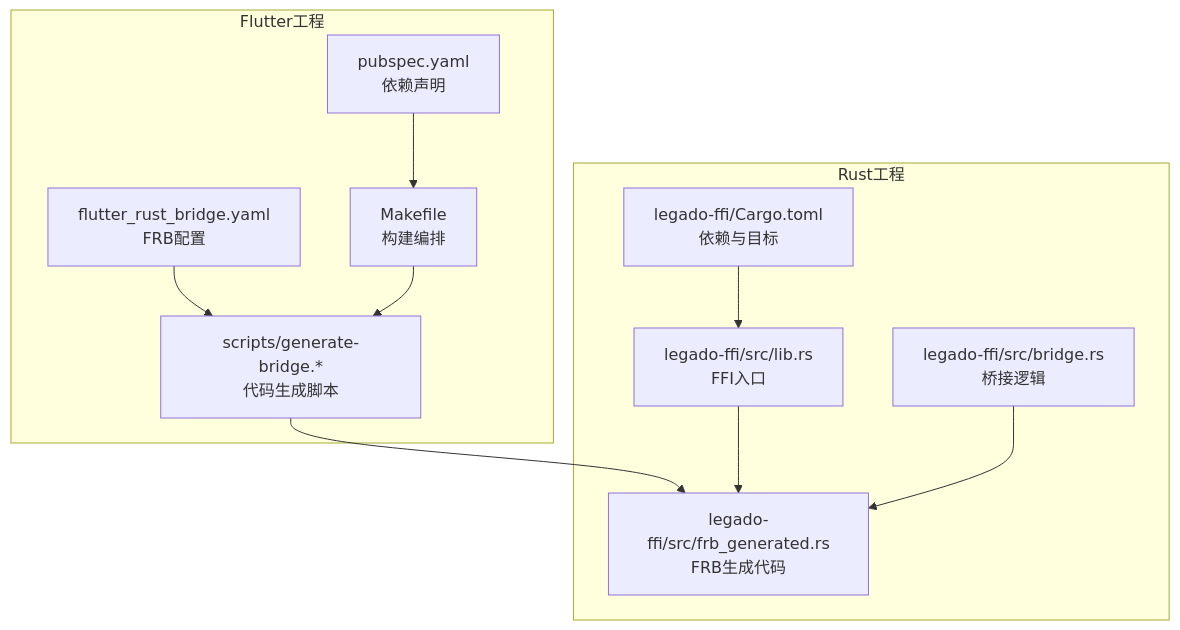
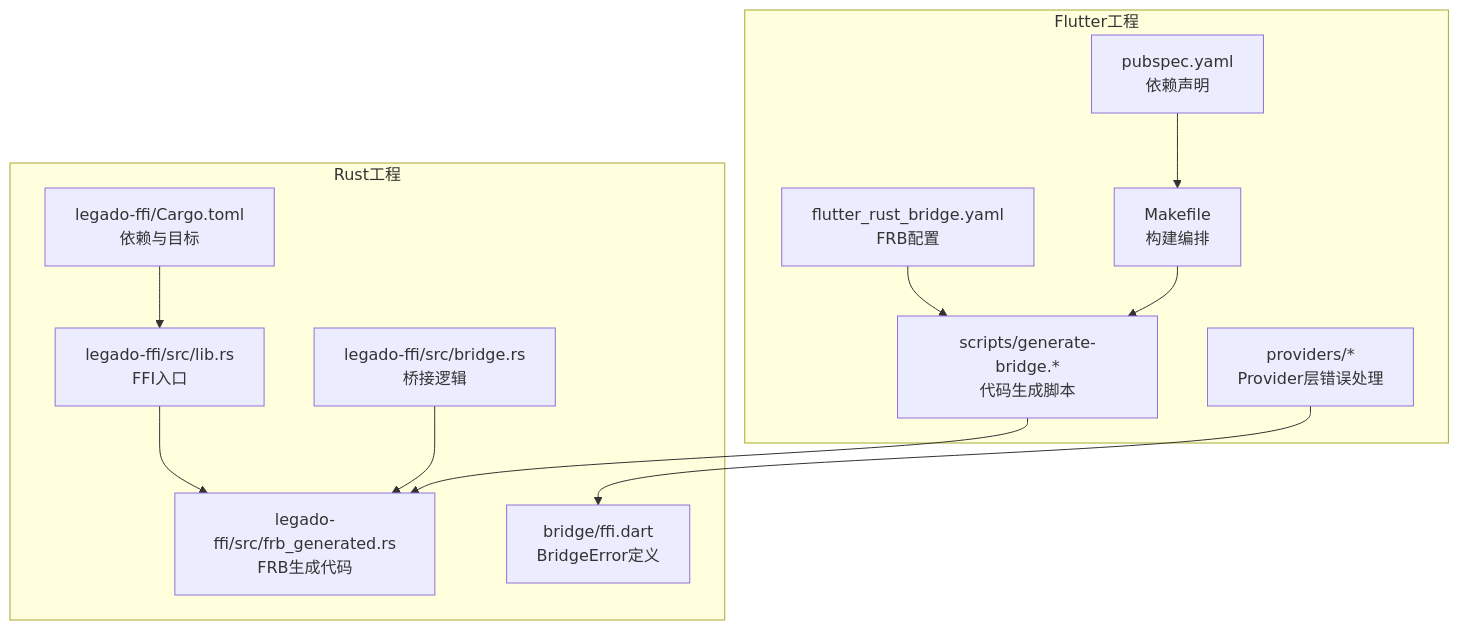
Before and after one commit to ZhangGHGitHub/LegadoTeamFlutter: the first of 3 diagrams in .qoder/repowiki/zh/content/Flutter跨平台应用/FFI集成/FFI集成.md, drawn with Mermaid. The commit also changed other lines of this file and 68 other files, not shown here.

````diff
--- a/.qoder/repowiki/zh/content/Flutter跨平台应用/FFI集成/FFI集成.md
+++ b/.qoder/repowiki/zh/content/Flutter跨平台应用/FFI集成/FFI集成.md
@@ -38,22 +47,25 @@
 ```mermaid
 graph TB
 subgraph "Flutter工程"
 A["flutter_rust_bridge.yaml<br/>FRB配置"]
 B["scripts/generate-bridge.*<br/>代码生成脚本"]
 C["pubspec.yaml<br/>依赖声明"]
 D["Makefile<br/>构建编排"]
+E["providers/*<br/>Provider层错误处理"]
 end
 subgraph "Rust工程"
-E["legado-ffi/src/lib.rs<br/>FFI入口"]
-F["legado-ffi/src/bridge.rs<br/>桥接逻辑"]
-G["legado-ffi/src/frb_generated.rs<br/>FRB生成代码"]
-H["legado-ffi/Cargo.toml<br/>依赖与目标"]
+F["legado-ffi/src/lib.rs<br/>FFI入口"]
+G["legado-ffi/src/bridge.rs<br/>桥接逻辑"]
+H["legado-ffi/src/frb_generated.rs<br/>FRB生成代码"]
+I["legado-ffi/Cargo.toml<br/>依赖与目标"]
+J["bridge/ffi.dart<br/>BridgeError定义"]
 end
 A --> B
-B --> G
+B --> H
 C --> D
 D --> B
-E --> G
-F --> G
-H --> E
+F --> H
+G --> H
+I --> F
+E --> J
 ```
````
